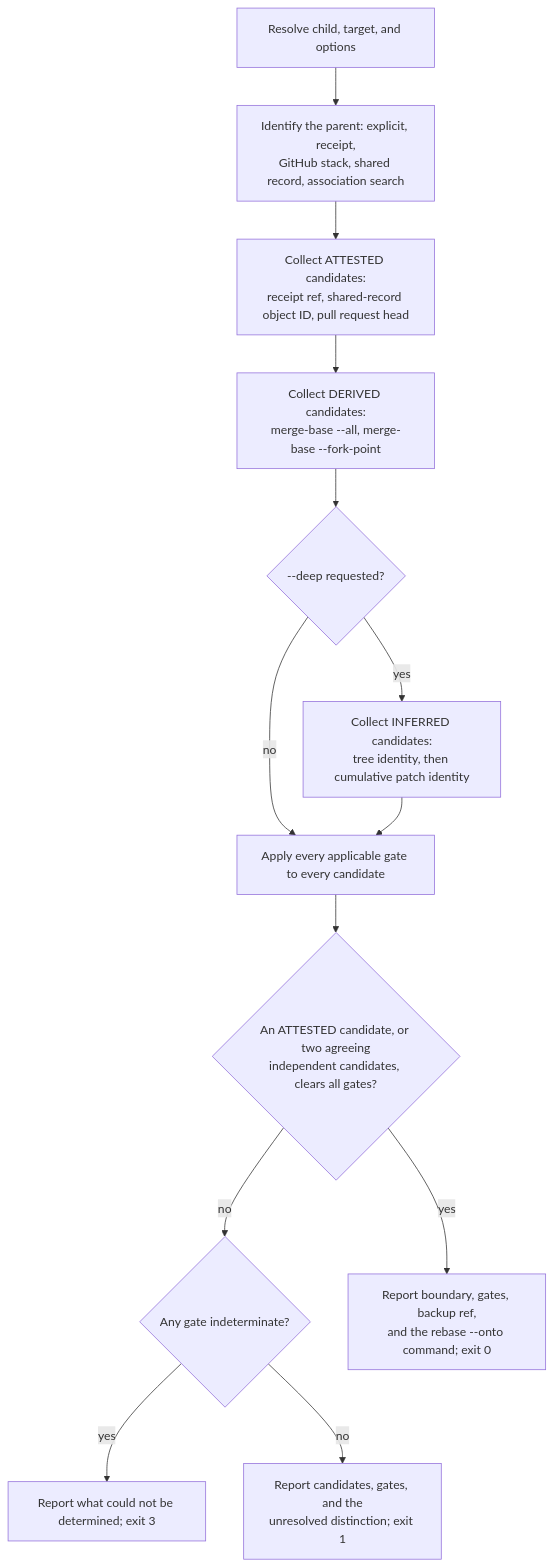
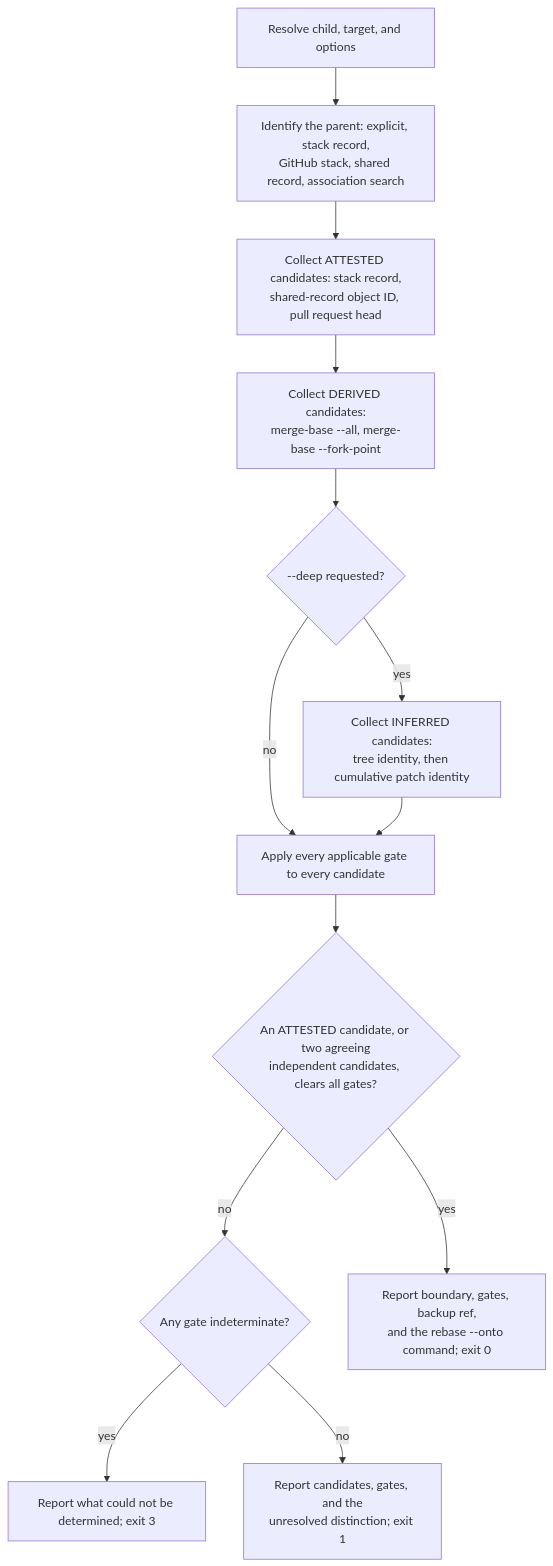
The diagram in docs/execplans/git-wheresat-sub-command.md (leynos/git-donkey), drawn with Mermaid before and after one commit. The commit also changed other lines of this file, not shown here.

````diff
--- a/docs/execplans/git-wheresat-sub-command.md
+++ b/docs/execplans/git-wheresat-sub-command.md
@@ -1140,28 +1473,28 @@
 ```mermaid
 flowchart TD
     resolve["Resolve child, target, and options"]
-    ident["Identify the parent: explicit, receipt,<br/>GitHub stack, shared record, association search"]
-    attested["Collect ATTESTED candidates:<br/>receipt ref, shared-record object ID, pull request head"]
+    ident["Identify the parent: explicit, stack record,<br/>GitHub stack, shared record, association search"]
+    attested["Collect ATTESTED candidates: stack record,<br/>shared-record object ID, pull request head"]
     derived["Collect DERIVED candidates:<br/>merge-base --all, merge-base --fork-point"]
     deep{"--deep requested?"}
     inferred["Collect INFERRED candidates:<br/>tree identity, then cumulative patch identity"]
     gates["Apply every applicable gate to every candidate"]
     tier{"An ATTESTED candidate, or two agreeing<br/>independent candidates, clears all gates?"}
     indet{"Any gate indeterminate?"}
     ok["Report boundary, gates, backup ref,<br/>and the rebase --onto command; exit 0"]
     stop["Report candidates, gates, and the<br/>unresolved distinction; exit 1"]
     unknown["Report what could not be determined; exit 3"]
 
     resolve --> ident
     ident --> attested
     attested --> derived
     derived --> deep
     deep -- yes --> inferred
     deep -- no --> gates
     inferred --> gates
     gates --> tier
     tier -- yes --> ok
     tier -- no --> indet
     indet -- yes --> unknown
     indet -- no --> stop
 ```
````
